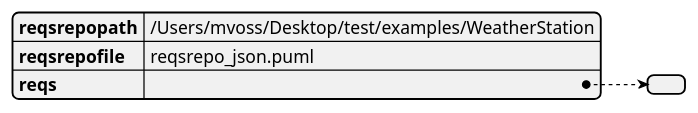
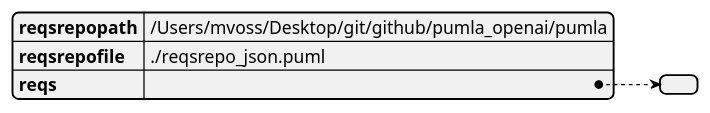
The diagram in reqs_json_diagram.puml (DrMarkusVoss/pumla), drawn with PlantUML before and after one commit. The commit also changed 10 other files, not shown here.

```diff
--- a/reqs_json_diagram.puml
+++ b/reqs_json_diagram.puml
@@ -1,3 +1,3 @@
 @startjson
-{"reqsrepopath": "/Users/mvoss/Desktop/test/examples/WeatherStation", "reqsrepofile": "reqsrepo_json.puml", "reqs": []}
+{"reqsrepopath": "/Users/mvoss/Desktop/git/github/pumla_openai/pumla", "reqsrepofile": "./reqsrepo_json.puml", "reqs": []}
 @endjson
```
